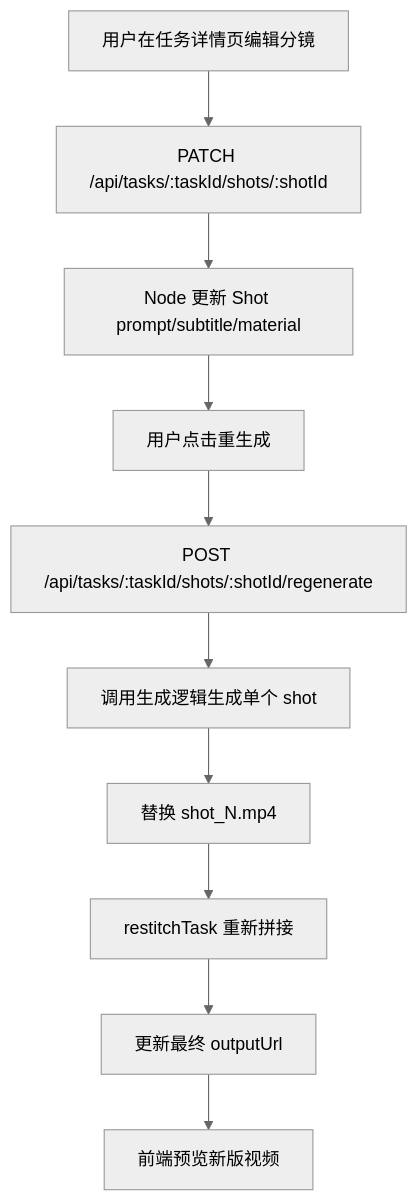
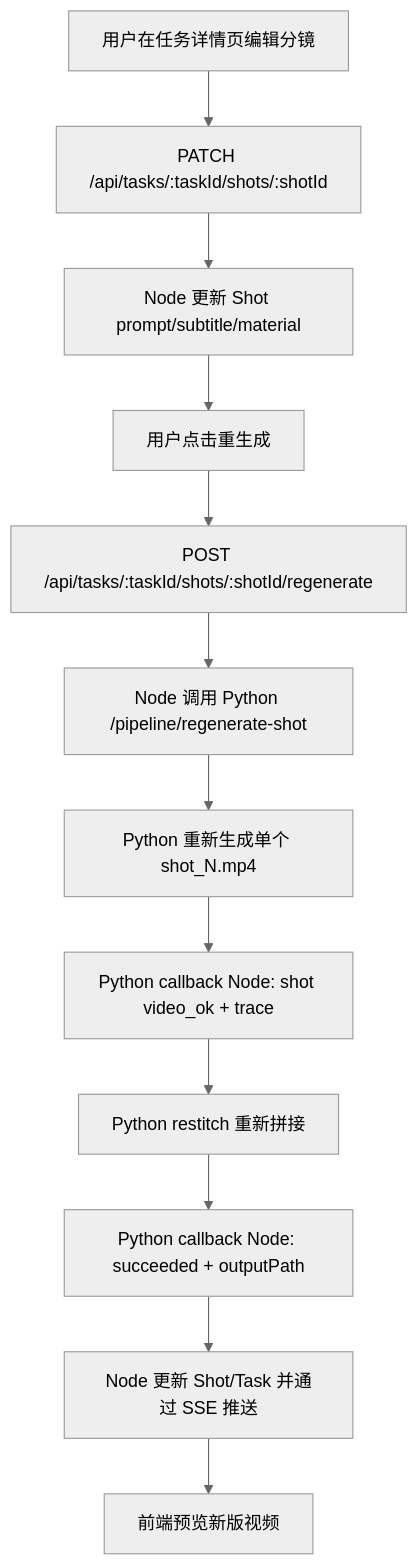
Diagram 11 of 17 in docs/项目讲解.md (xiaoyugangg/tiktok_shop), drawn with Mermaid (neutral theme) before and after one commit. The commit also changed other lines of this file and 46 other files, not shown here.

````diff
--- a/docs/项目讲解.md
+++ b/docs/项目讲解.md
@@ -353,12 +567,14 @@
 ```mermaid
 flowchart TD
   A[用户在任务详情页编辑分镜] --> B[PATCH /api/tasks/:taskId/shots/:shotId]
   B --> C[Node 更新 Shot prompt/subtitle/material]
   C --> D[用户点击重生成]
   D --> E[POST /api/tasks/:taskId/shots/:shotId/regenerate]
-  E --> F[调用生成逻辑生成单个 shot]
-  F --> G[替换 shot_N.mp4]
-  G --> H[restitchTask 重新拼接]
-  H --> I[更新最终 outputUrl]
-  I --> J[前端预览新版视频]
+  E --> F[Node 调用 Python /pipeline/regenerate-shot]
+  F --> G[Python 重新生成单个 shot_N.mp4]
+  G --> H[Python callback Node: shot video_ok + trace]
+  H --> I[Python restitch 重新拼接]
+  I --> J[Python callback Node: succeeded + outputPath]
+  J --> K[Node 更新 Shot/Task 并通过 SSE 推送]
+  K --> L[前端预览新版视频]
 ```
````
